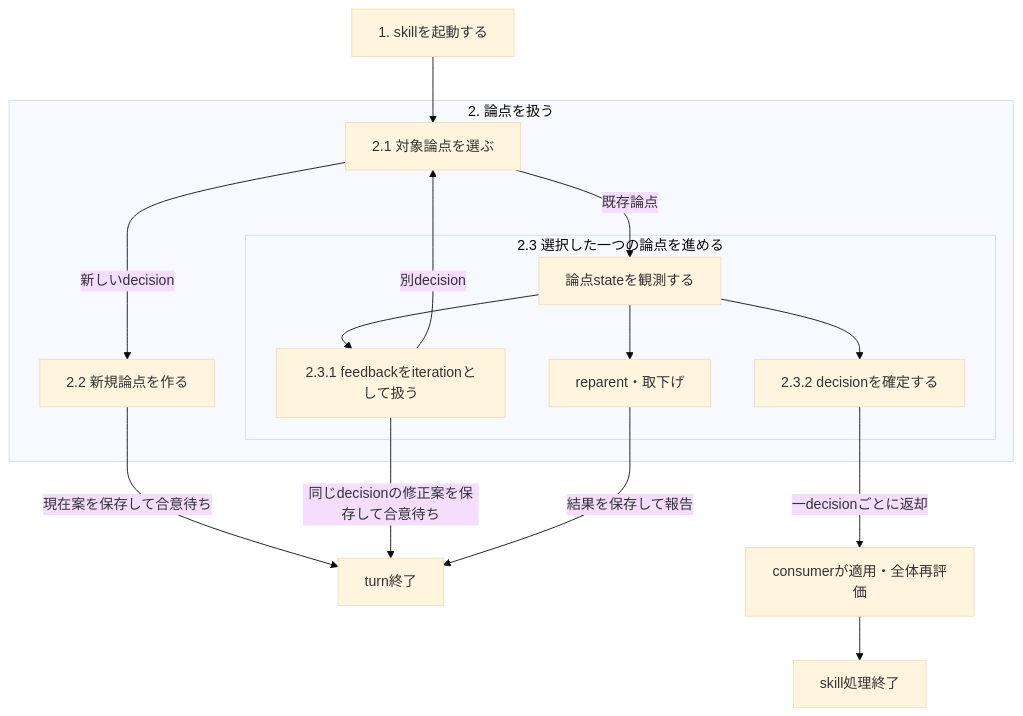
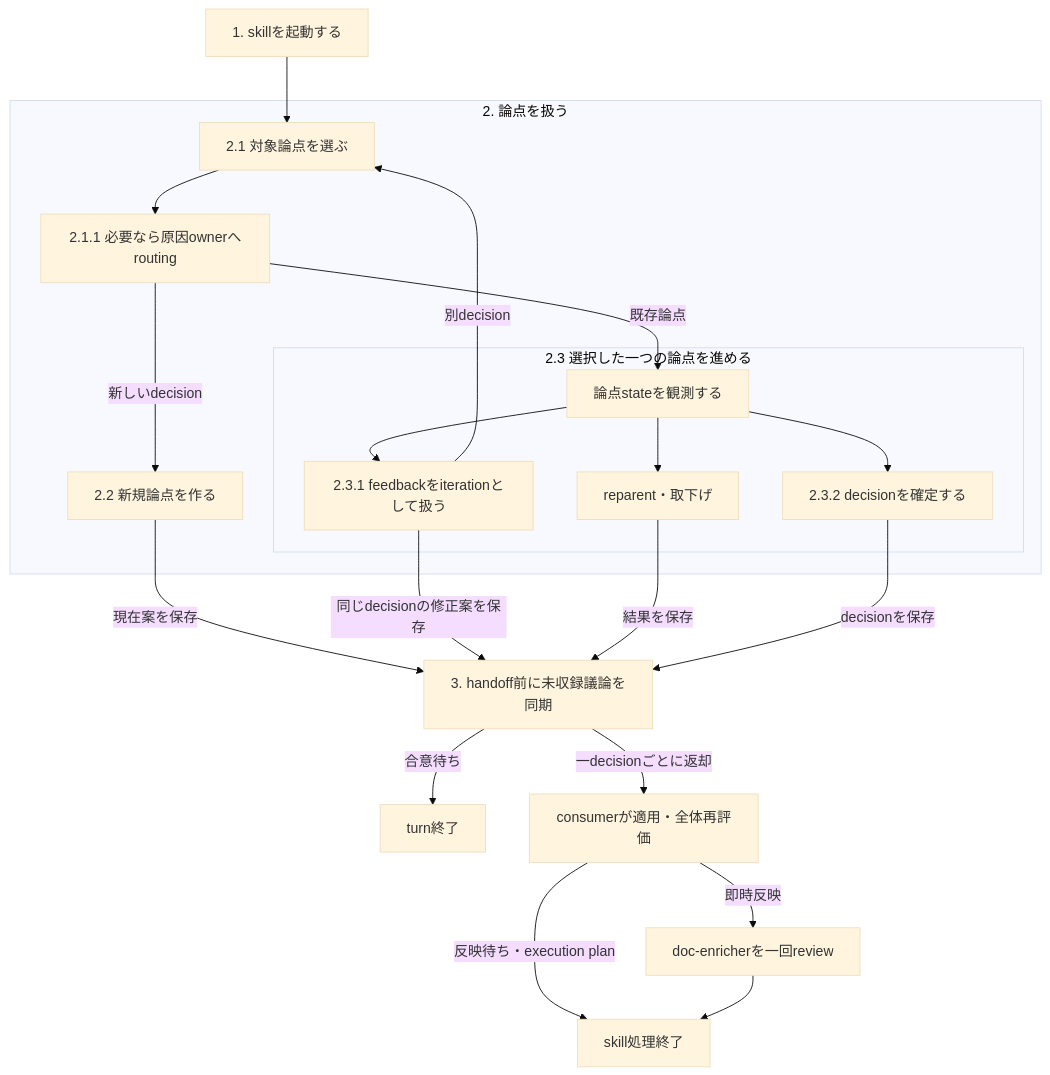
The diagram in plugins/tumeda-dev/skills/facilitate-discussion/SKILL.md (tumeda1992/ai_agent_dev_skill_plugin), drawn with Mermaid (base theme) before and after one commit. The commit also changed other lines of this file, not shown here.

````diff
--- a/plugins/tumeda-dev/skills/facilitate-discussion/SKILL.md
+++ b/plugins/tumeda-dev/skills/facilitate-discussion/SKILL.md
@@ -84,20 +92,25 @@
 ```mermaid
 flowchart TD
   S["1. skillを起動する"] --> T
   subgraph TL["2. 論点を扱う"]
     T["2.1 対象論点を選ぶ"]
-    T -->|新しいdecision| N["2.2 新規論点を作る"]
-    T -->|既存論点| A
+    T --> C["2.1.1 必要なら原因ownerへrouting"]
+    C -->|新しいdecision| N["2.2 新規論点を作る"]
+    C -->|既存論点| A
     subgraph AL["2.3 選択した一つの論点を進める"]
       A["論点stateを観測する"] --> I["2.3.1 feedbackをiterationとして扱う"]
       A --> D["2.3.2 decisionを確定する"]
       A --> R["reparent・取下げ"]
     end
     I -->|別decision| T
   end
-  N -->|現在案を保存して合意待ち| W["turn終了"]
-  I -->|同じdecisionの修正案を保存して合意待ち| W
-  R -->|結果を保存して報告| W
-  D -->|一decisionごとに返却| H["consumerが適用・全体再評価"]
-  H --> E["skill処理終了"]
+  N -->|現在案を保存| G["3. handoff前に未収録議論を同期"]
+  I -->|同じdecisionの修正案を保存| G
+  R -->|結果を保存| G
+  D -->|decisionを保存| G
+  G -->|合意待ち| W["turn終了"]
+  G -->|一decisionごとに返却| H["consumerが適用・全体再評価"]
+  H -->|即時反映| K["doc-enricherを一回review"]
+  H -->|反映待ち・execution plan| E["skill処理終了"]
+  K --> E
 ```
````
